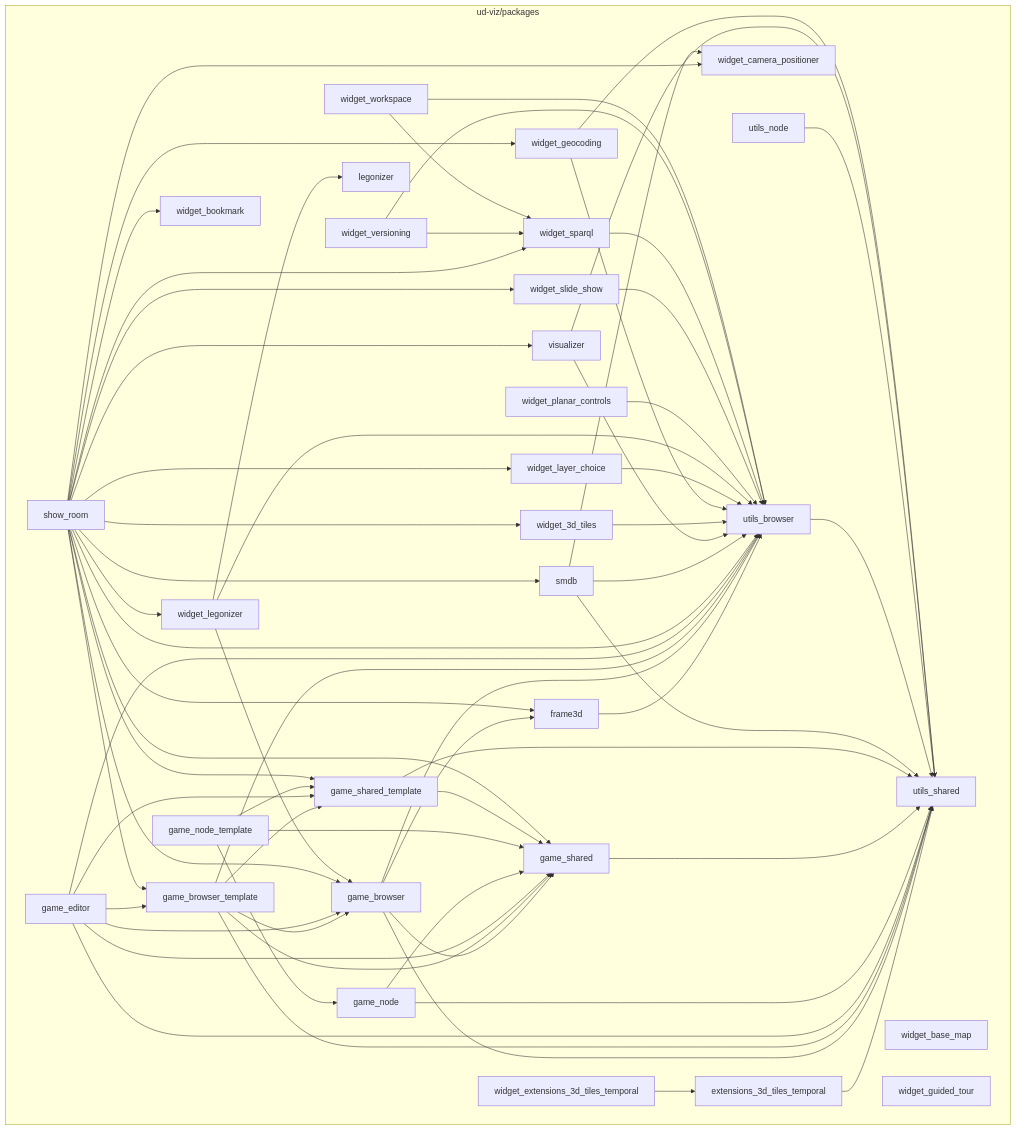
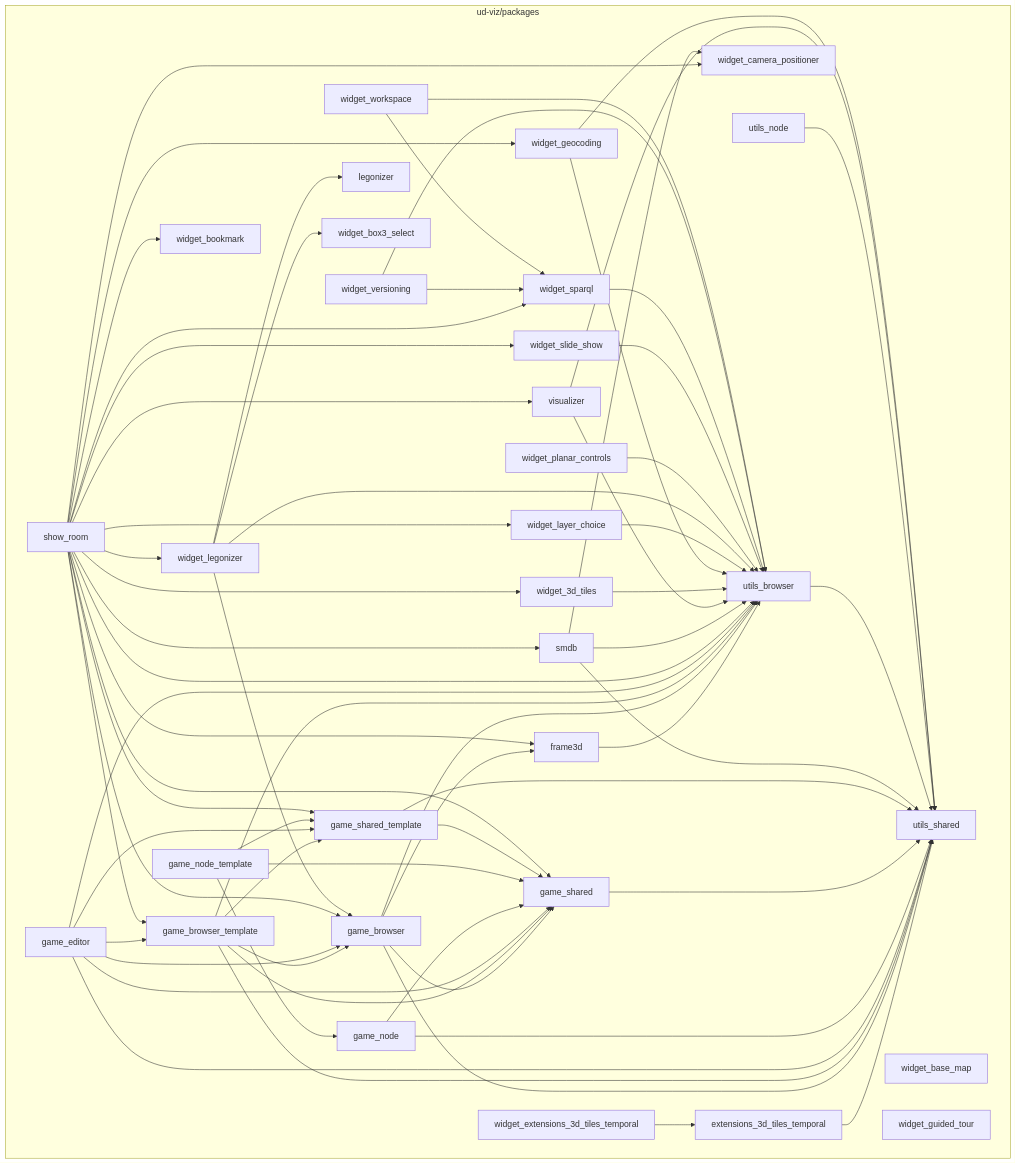
Before and after one commit to VCityTeam/UD-Viz: the diagram in docs/static/architecture.md, drawn with Mermaid. The commit also changed 5 other files, not shown here.

Commit message:
feature(showroom) new legonizer + architecture files

```diff
--- a/docs/static/architecture.md
+++ b/docs/static/architecture.md
@@ -23,6 +23,7 @@
 widget_3d_tiles
 widget_base_map
 widget_bookmark
+widget_box3_select
 widget_camera_positioner
 widget_extensions_3d_tiles_temporal
 widget_geocoding
@@ -91,6 +92,7 @@
 widget_legonizer-->game_browser
 widget_legonizer-->legonizer
 widget_legonizer-->utils_browser
+widget_legonizer-->widget_box3_select
 widget_planar_controls-->utils_browser
 widget_slide_show-->utils_browser
 widget_sparql-->utils_browser
```
